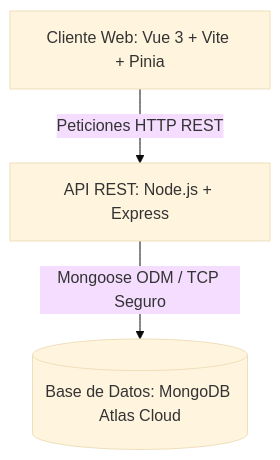
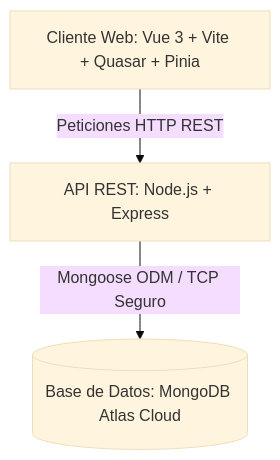
One commit to andreasilva08/Torneo-Futbol changed the diagram in README.md. Above: the diagram before and after it, drawn with Mermaid (base theme). The commit also changed other lines of this file and 13 other files, not shown here.

````diff
--- a/README.md
+++ b/README.md
@@ -42,5 +52,5 @@
 ```mermaid
 graph TD
-    Client[Cliente Web: Vue 3 + Vite + Pinia] -->|Peticiones HTTP REST| Backend[API REST: Node.js + Express]
+    Client[Cliente Web: Vue 3 + Vite + Quasar + Pinia] -->|Peticiones HTTP REST| Backend[API REST: Node.js + Express]
     Backend -->|Mongoose ODM / TCP Seguro| Database[(Base de Datos: MongoDB Atlas Cloud)]
 ```
````
